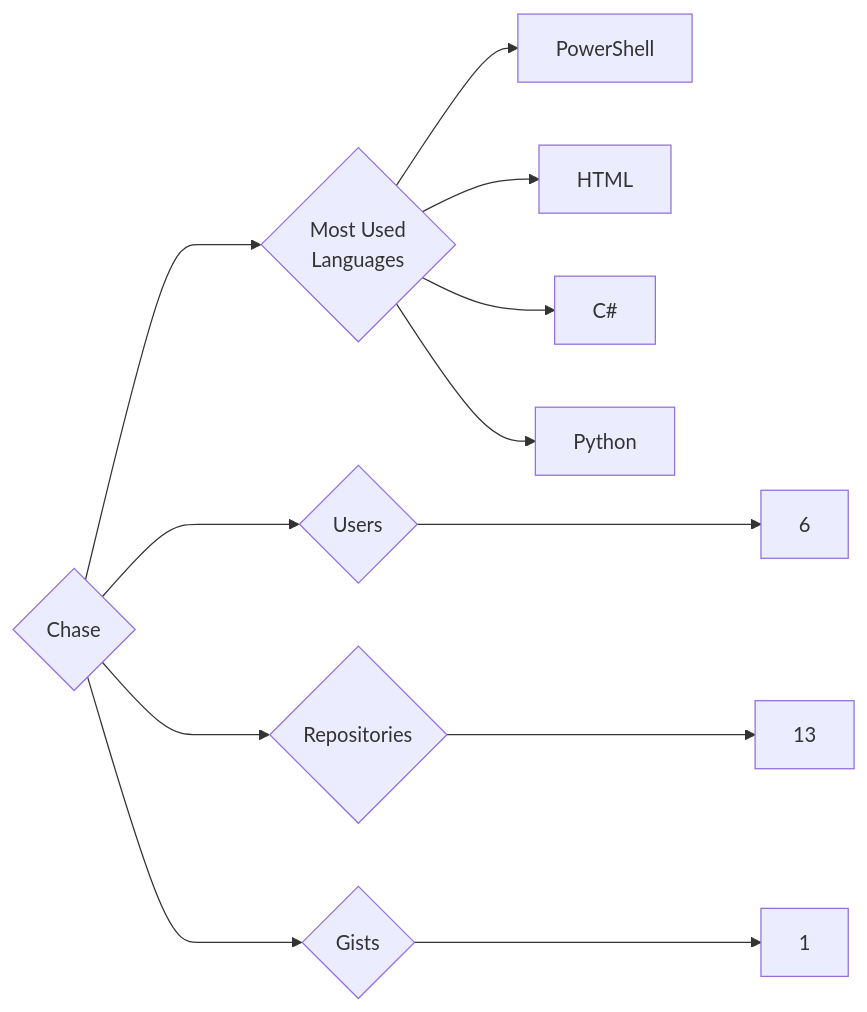
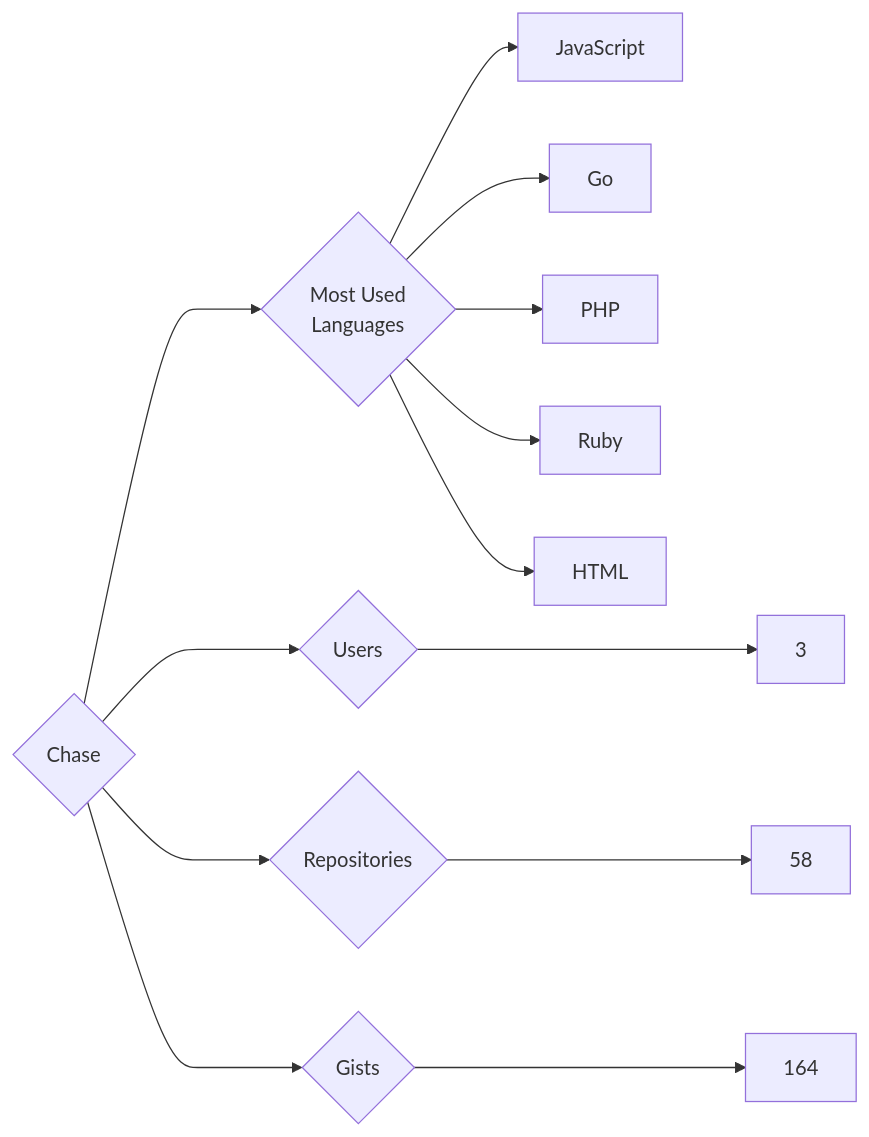
The diagram in targets/Chase/README.md (trickest/insiders), drawn with Mermaid before and after one commit. The commit also changed 998 other files, not shown here.

````diff
--- a/targets/Chase/README.md
+++ b/targets/Chase/README.md
@@ -3,12 +3,13 @@
 ```mermaid
 graph LR
 COMPANY_NAME{Chase}
-COMPANY_NAME ---> U{Users} ---> UN[6]
-COMPANY_NAME ---> R{Repositories} ---> RN[13]
-COMPANY_NAME ---> G{Gists} ---> GN[1]
+COMPANY_NAME ---> U{Users} ---> UN[3]
+COMPANY_NAME ---> R{Repositories} ---> RN[58]
+COMPANY_NAME ---> G{Gists} ---> GN[164]
 COMPANY_NAME ---> ML{Most Used<br>Languages}
-ML --> PowerShell[PowerShell]
+ML --> JavaScript[JavaScript]
+ML --> Go[Go]
+ML --> PHP[PHP]
+ML --> Ruby[Ruby]
 ML --> HTML[HTML]
-ML --> C#[C#]
-ML --> Python[Python]
 ```
````
